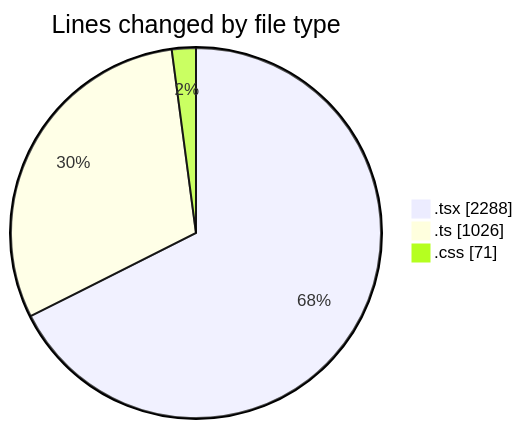
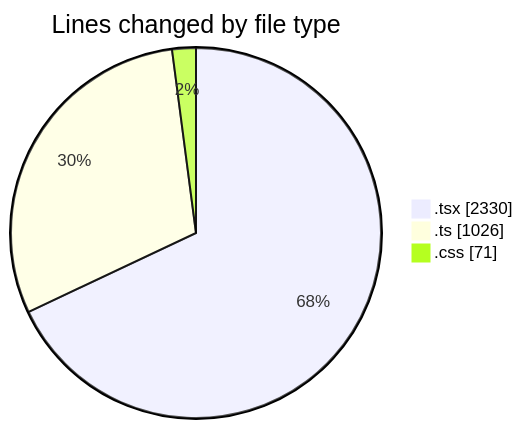
The first of 2 diagrams in 2025-01-27/mbc-web/README.md (robertbonfada/code-tracking), drawn with Mermaid before and after one commit. The commit also changed other lines of this file and 1 other file, not shown here.

````diff
--- a/2025-01-27/mbc-web/README.md
+++ b/2025-01-27/mbc-web/README.md
@@ -30,7 +31,7 @@
 ```mermaid
 pie showData
 title Lines changed by file type
-".tsx" : 2288
+".tsx" : 2330
 ".ts" : 1026
 ".css" : 71
 ```
````
